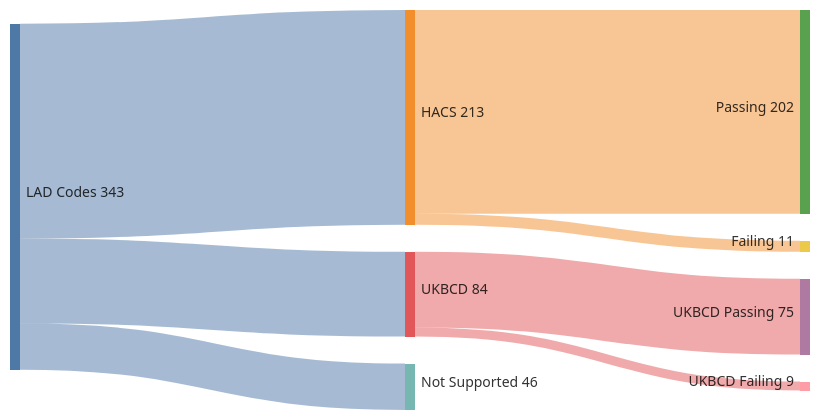
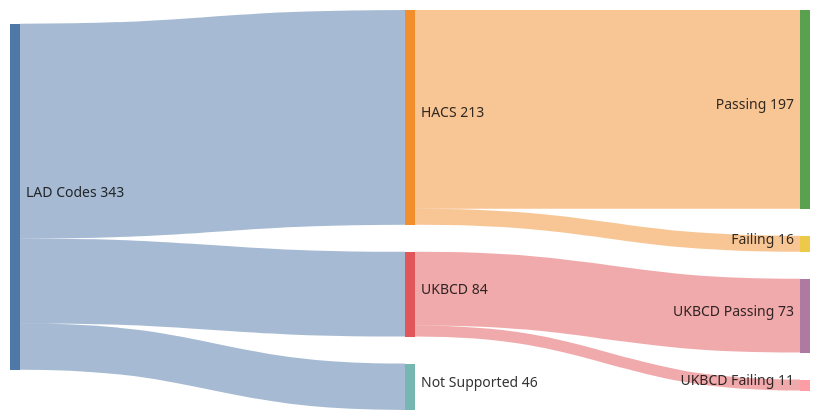
Before and after one commit to cmbsteinberg/bins: the diagram in README.md, drawn with Mermaid. The commit also changed 4 other files, not shown here.

````diff
--- a/README.md
+++ b/README.md
@@ -11,21 +11,21 @@
 ```mermaid
 ---
 config:
   sankey:
     width: 800
     height: 400
     linkColor: source
     nodeAlignment: left
 ---
 sankey-beta
 
 "LAD Codes","HACS",213
 "LAD Codes","UKBCD",84
 "LAD Codes","Not Supported",46
 
-"HACS","Passing",202
-"HACS","Failing",11
+"HACS","Passing",197
+"HACS","Failing",16
 
-"UKBCD","UKBCD Passing",75
-"UKBCD","UKBCD Failing",9
+"UKBCD","UKBCD Passing",73
+"UKBCD","UKBCD Failing",11
 ```
````
